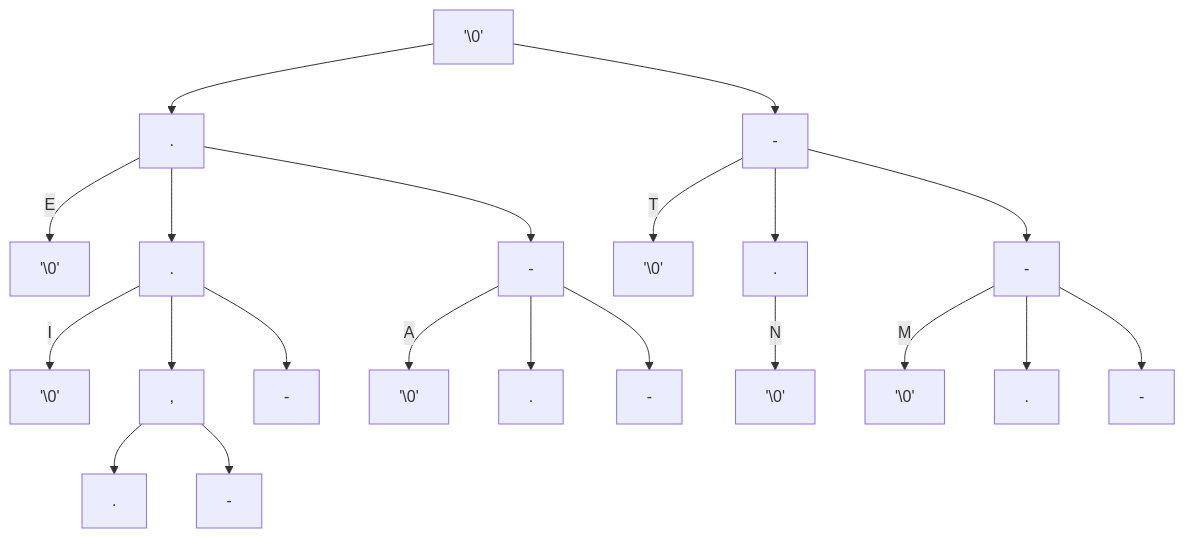
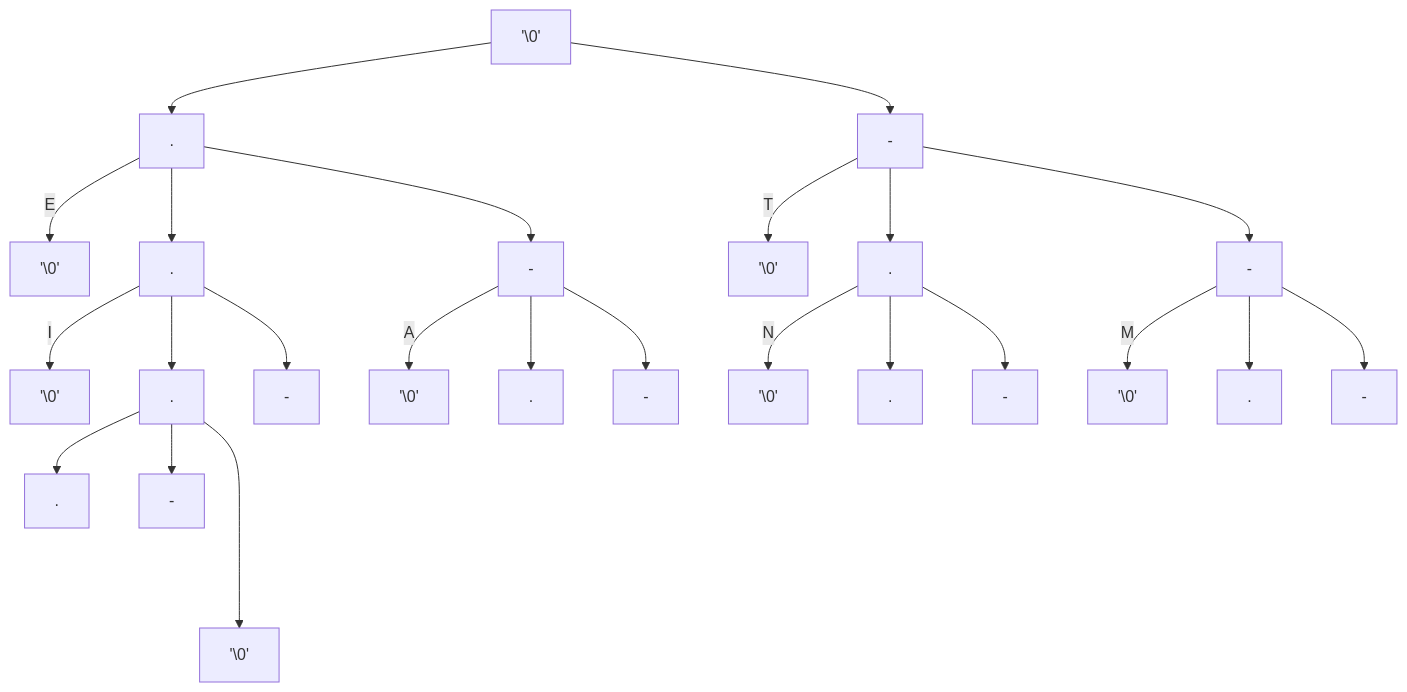
One commit to mmcnally1/arduino-projects changed the second of 2 diagrams in morse-code/README.md. Above: the diagram before and after it, drawn with Mermaid.

````diff
--- a/morse-code/README.md
+++ b/morse-code/README.md
@@ -27,24 +27,27 @@
 ```mermaid
 graph TD;
 A['\0'] --> B[.]
 A['\0'] --> H[-]
 B[.] -- E --> C['\0']
 B[.] --> D[.]
 D[.] -- I --> E['\0']
 B[.] --> F[-]
 F[-] -- A --> G['\0']
 H[-] -- T --> I['\0']
 H[-] --> J[.]
 J[.] -- N --> K['\0']
 H[-] --> L[-]
 L[-] -- M --> M['\0']
 D[.] --> N[.]
 D[.] --> O[-]
 L[-] --> P[.]
 L[-] --> Q[-]
 F[-] --> R[.]
 F[-] --> S[-]
 N[.] --> T[.]
-N[,] --> U[-]
+N[.] --> U[-]
+N[.] ----> V['\0']
+J[.] --> W[.]
+J[.] --> X[-]
 
 ```
````
